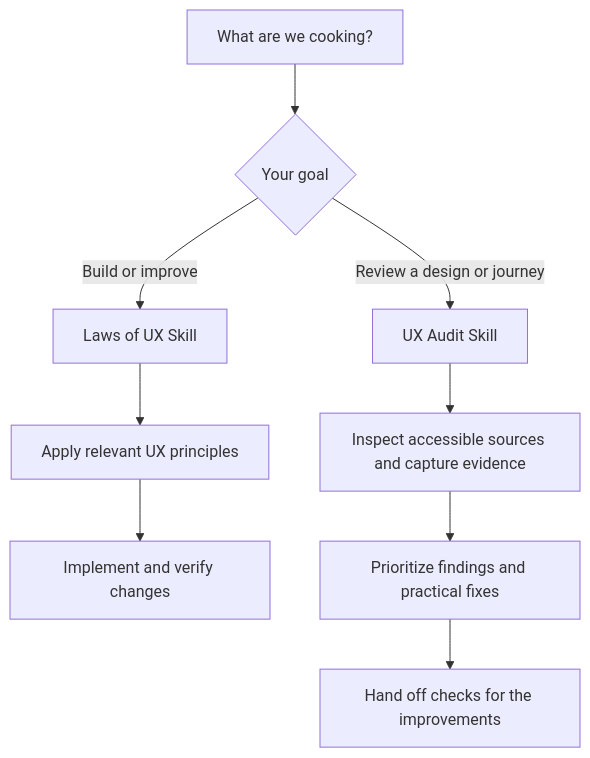
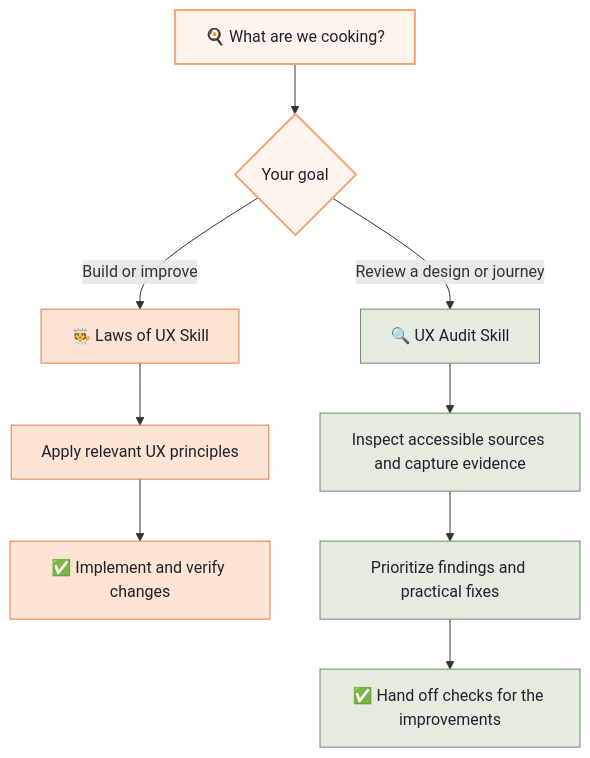
Before and after one commit to sharmadipesh/cooking-ux: the diagram in README.md, drawn with Mermaid. The commit also changed other lines of this file and 2 other files, not shown here.

````diff
--- a/README.md
+++ b/README.md
@@ -20,11 +74,18 @@
 ```mermaid
 flowchart TD
-    A["What are we cooking?"] --> B{"Your goal"}
-    B -->|"Build or improve"| C["Laws of UX Skill"]
-    B -->|"Review a design or journey"| D["UX Audit Skill"]
+    A["🍳 What are we cooking?"] --> B{"Your goal"}
+    B -->|"Build or improve"| C["🧑‍🍳 Laws of UX Skill"]
+    B -->|"Review a design or journey"| D["🔍 UX Audit Skill"]
     C --> E["Apply relevant UX principles"]
-    E --> F["Implement and verify changes"]
+    E --> F["✅ Implement and verify changes"]
     D --> G["Inspect accessible sources and capture evidence"]
     G --> H["Prioritize findings and practical fixes"]
-    H --> I["Hand off checks for the improvements"]
+    H --> I["✅ Hand off checks for the improvements"]
+
+    classDef start fill:#FFF4EC,stroke:#F4A47C,stroke-width:2px,color:#1F2328
+    classDef build fill:#FCE3D3,stroke:#E07B4C,color:#1F2328
+    classDef audit fill:#E3ECDF,stroke:#6E8B68,color:#1F2328
+    class A,B start
+    class C,E,F build
+    class D,G,H,I audit
 ```
````
